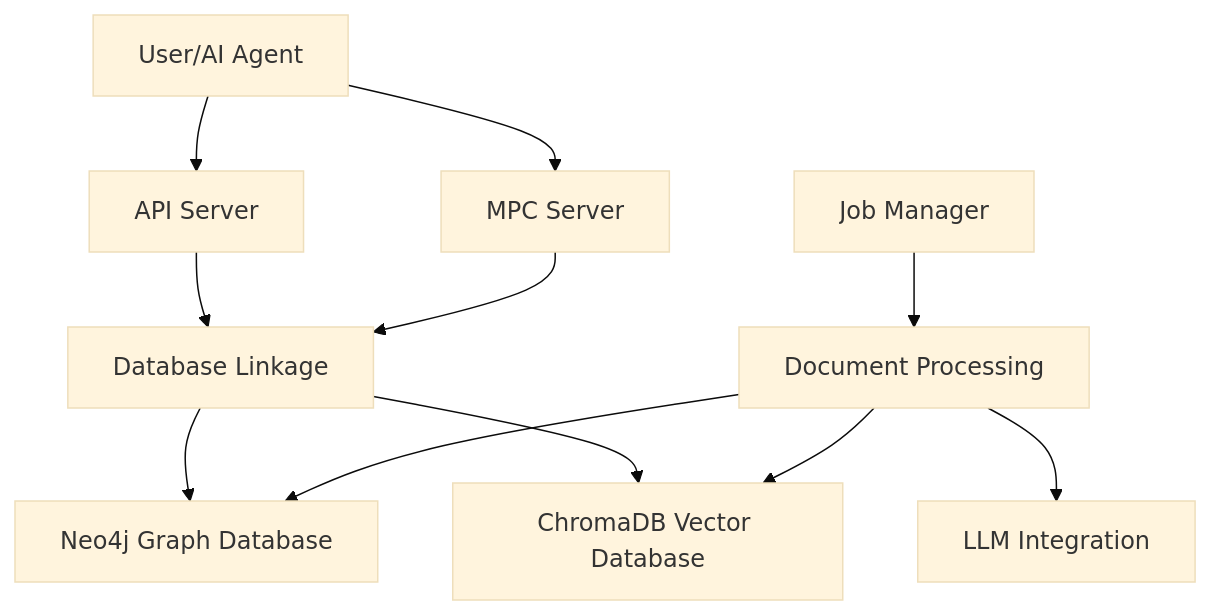
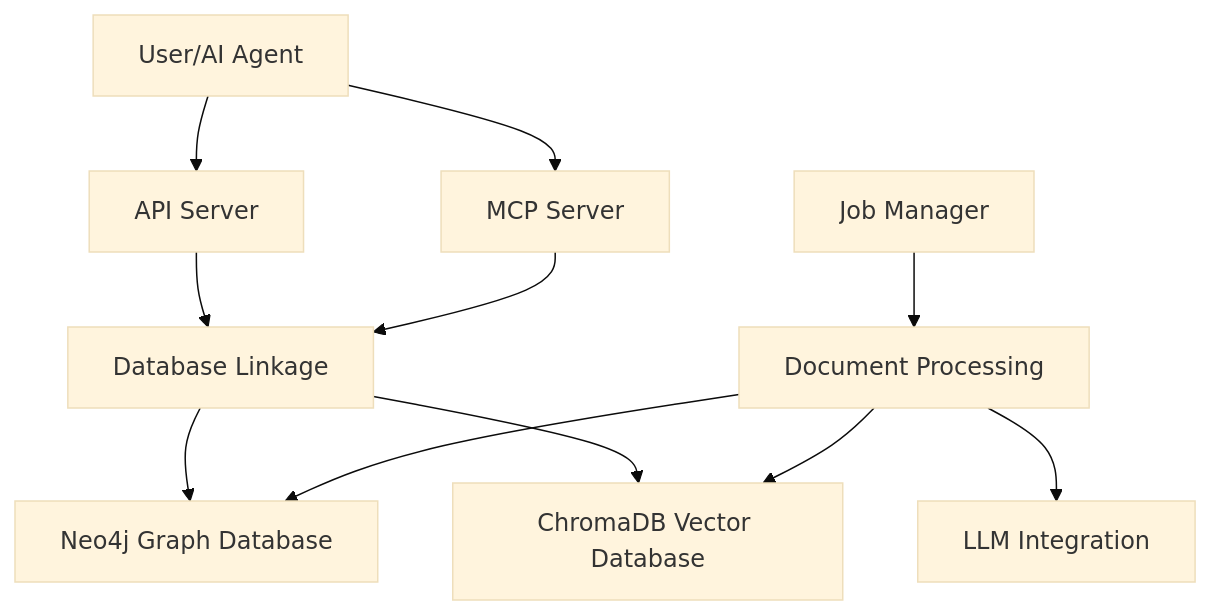
Before and after one commit to agileandy/graphRAG: the first of 13 diagrams in specs/design/design.md, drawn with Mermaid (base theme). The commit also changed other lines of this file and 18 other files, not shown here.

````diff
--- a/specs/design/design.md
+++ b/specs/design/design.md
@@ -7,13 +7,13 @@
 ```mermaid
 graph TD
     User[User/AI Agent] --> API[API Server]
-    User --> MPC[MPC Server]
+    User --> MCP[MCP Server]
     API --> DBL[Database Linkage]
-    MPC --> DBL
+    MCP --> DBL
     DBL --> Neo4j[Neo4j Graph Database]
     DBL --> ChromaDB[ChromaDB Vector Database]
     DP[Document Processing] --> Neo4j
     DP --> ChromaDB
     DP --> LLM[LLM Integration]
     JM[Job Manager] --> DP
 ```
````
